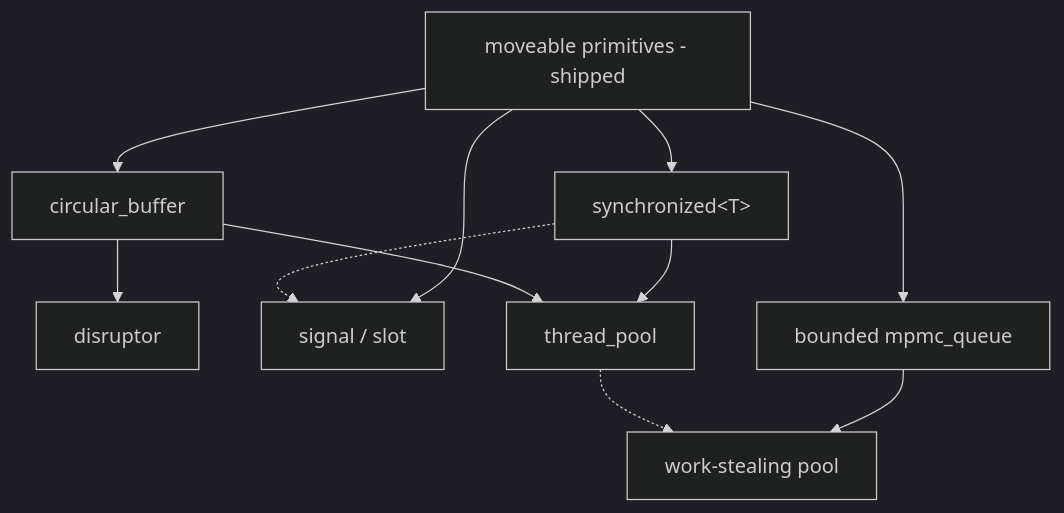
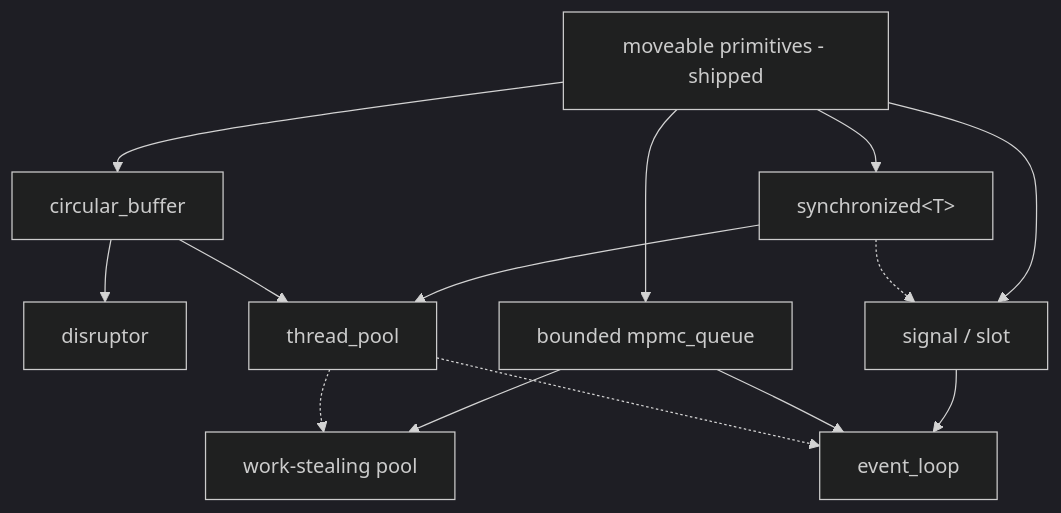
The diagram in FUTURE_DIRECTIONS.md (saxonnicholls/ts-moveables), drawn with Mermaid (dark theme) before and after one commit. The commit also changed other lines of this file and 7 other files, not shown here.

````diff
--- a/FUTURE_DIRECTIONS.md
+++ b/FUTURE_DIRECTIONS.md
@@ -14,13 +14,16 @@
 ```mermaid
 graph TD
     P[moveable primitives - shipped] --> S[synchronized&lt;T&gt;]
     P --> R[circular_buffer]
     R --> D[disruptor]
     P --> G[signal / slot]
     S -.-> G
     S --> TP[thread_pool]
     R --> TP
     P --> Q[bounded mpmc_queue]
     Q --> WS[work-stealing pool]
     TP -.-> WS
+    G --> EL[event_loop]
+    Q --> EL
+    TP -.-> EL
 ```
````
